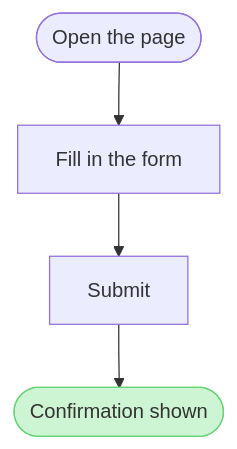
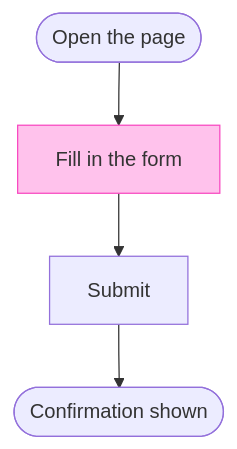
One commit to MichelKerkmeester/product-owner_create-tickets-and-stories changed the first of 6 diagrams in sk-create-figjam/assets/flow-templates.md. Above: the diagram before and after it, drawn with Mermaid. The commit also changed other lines of this file and 51 other files, not shown here.

````diff
--- a/sk-create-figjam/assets/flow-templates.md
+++ b/sk-create-figjam/assets/flow-templates.md
@@ -64,7 +66,8 @@
 ```mermaid
 flowchart TD
+    %% goal: done
     start([Open the page]) --> step1[Fill in the form]
     step1 --> step2[Submit]
     step2 --> done([Confirmation shown])
-    style done fill:#CDF4D3,stroke:#66D575
+    style step1 fill:#FFC2EC,stroke:#F849C1
 ```
````
